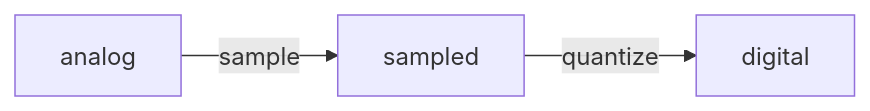
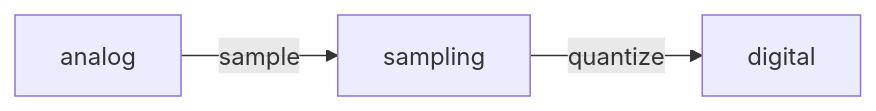
Before and after one commit to zz-f-g/notes: the second of 2 diagrams in CalculusNotes/SS.md, drawn with Mermaid. The commit also changed other lines of this file and 9 other files, not shown here.

````diff
--- a/CalculusNotes/SS.md
+++ b/CalculusNotes/SS.md
@@ -102,7 +109,7 @@
 ```mermaid
 graph LR;
 A[analog]
-S[sampled]
+S[sampling]
 D[digital]
 A --sample--> S --quantize--> D
 ```
````
